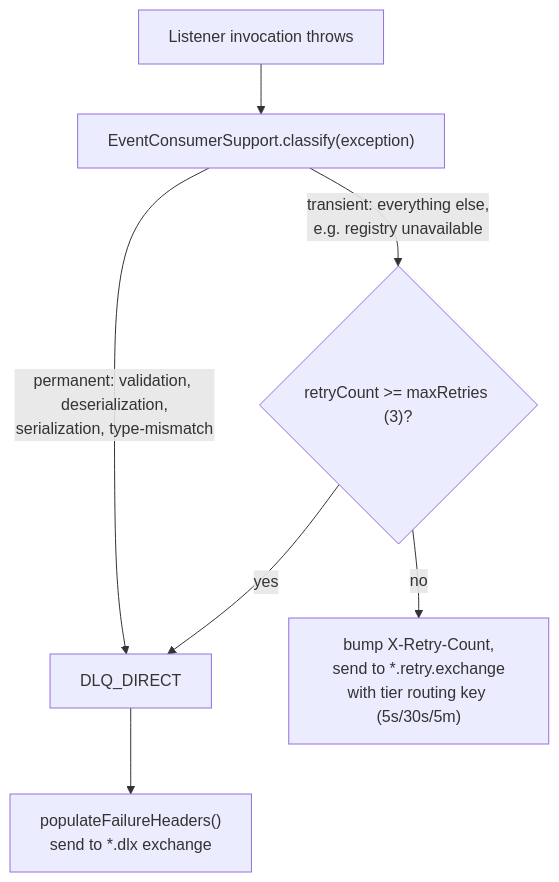
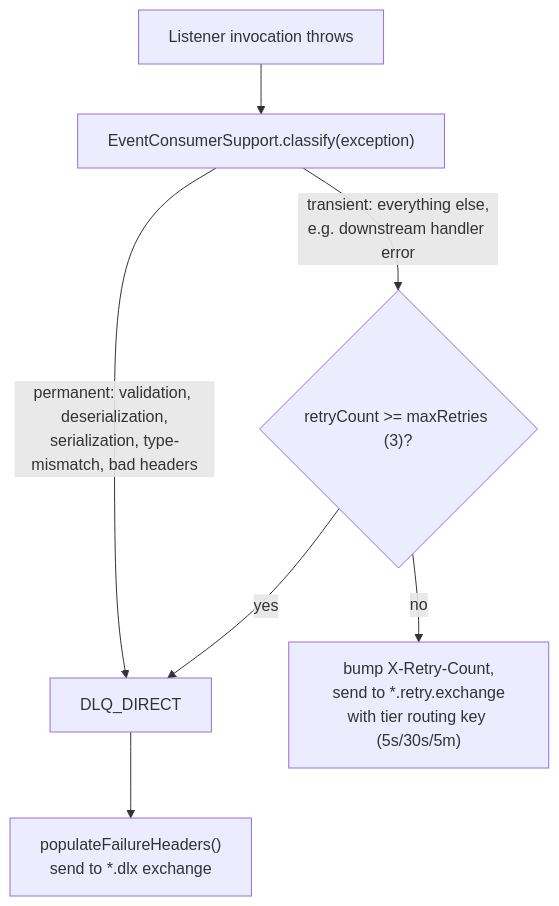
Before and after one commit to anarefin/schema-registry-demo: the fourth of 4 diagrams in docs/TUTORIAL.md, drawn with Mermaid. The commit also changed other lines of this file and 68 other files, not shown here.

````diff
--- a/docs/TUTORIAL.md
+++ b/docs/TUTORIAL.md
@@ -418,9 +409,9 @@
 ```mermaid
 flowchart TD
     A[Listener invocation throws] --> B["EventConsumerSupport.classify(exception)"]
-    B -->|permanent: validation, deserialization,<br/>serialization, type-mismatch| C[DLQ_DIRECT]
-    B -->|transient: everything else,<br/>e.g. registry unavailable| D{"retryCount >= maxRetries (3)?"}
+    B -->|permanent: validation, deserialization,<br/>serialization, type-mismatch, bad headers| C[DLQ_DIRECT]
+    B -->|transient: everything else,<br/>e.g. downstream handler error| D{"retryCount >= maxRetries (3)?"}
     D -->|yes| C
     D -->|no| E["bump X-Retry-Count,<br/>send to *.retry.exchange<br/>with tier routing key (5s/30s/5m)"]
     C --> F["populateFailureHeaders()<br/>send to *.dlx exchange"]
 ```
````
